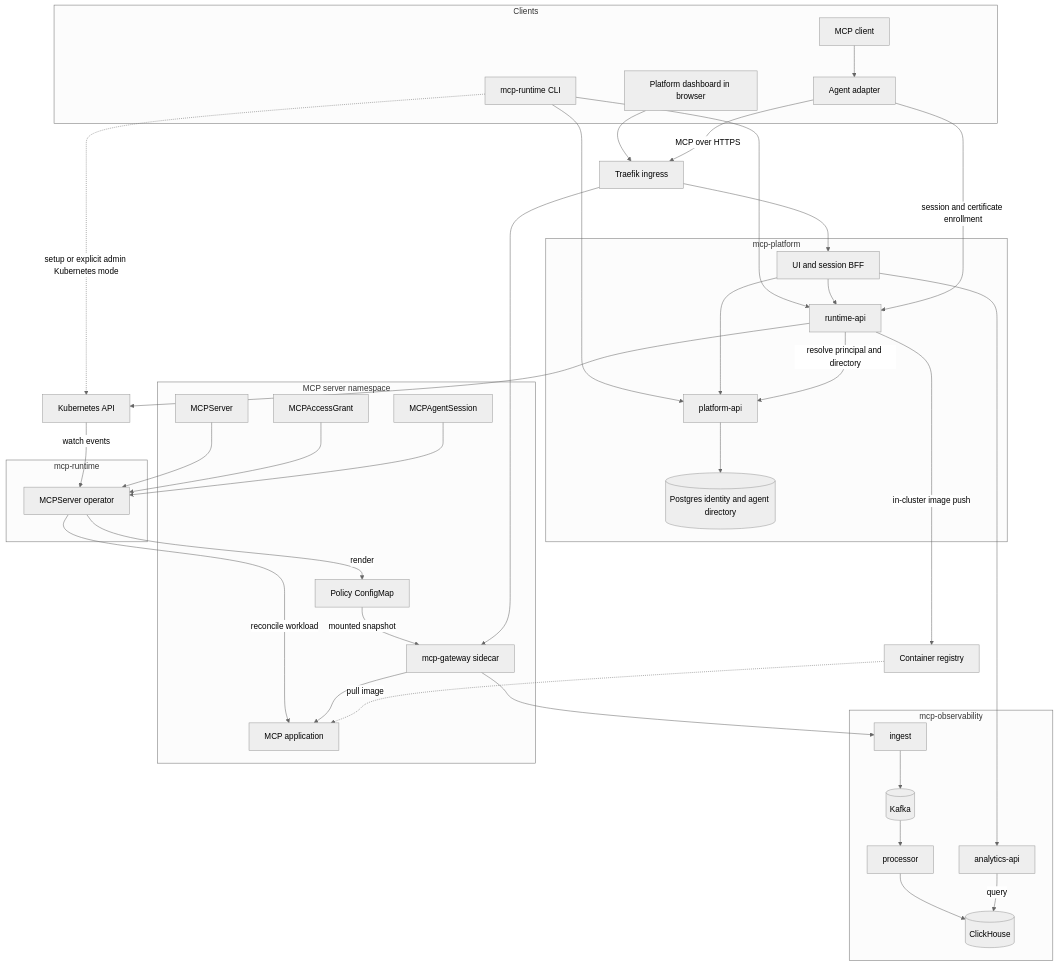
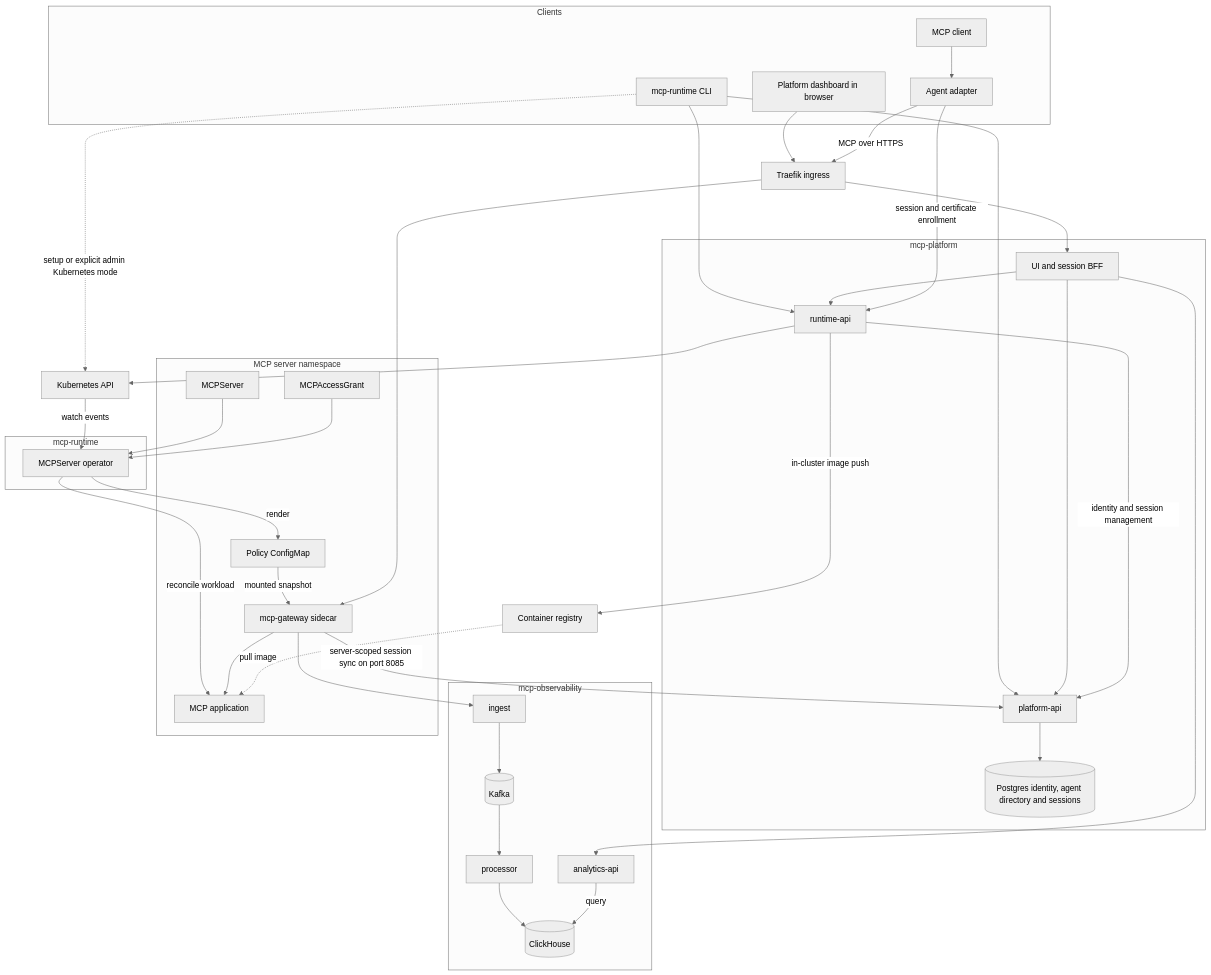
One commit to mcp-runtime/mcp-runtime changed the diagram in docs/architecture.md. Above: the diagram before and after it, drawn with Mermaid (neutral theme). The commit also changed other lines of this file and 35 other files, not shown here.

Commit message:
fix(access): fence session identities and validate platform management flows

````diff
--- a/docs/architecture.md
+++ b/docs/architecture.md
@@ -8,62 +8,61 @@
 ```mermaid
 flowchart TB
     subgraph clients [Clients]
         CLI[mcp-runtime CLI]
         Browser[Platform dashboard in browser]
         Adapter[Agent adapter]
         MCP[MCP client]
     end
     subgraph platform [mcp-platform]
         UI[UI and session BFF]
         PlatAPI[platform-api]
         RunAPI[runtime-api]
-        DB[(Postgres identity and agent directory)]
+        DB[(Postgres identity, agent directory and sessions)]
     end
     subgraph operatorns [mcp-runtime]
         Op[MCPServer operator]
     end
     subgraph observability [mcp-observability]
         AnaAPI[analytics-api]
         Ingest[ingest]
         Kafka[(Kafka)]
         Processor[processor]
         CH[(ClickHouse)]
     end
     subgraph servers [MCP server namespace]
         Grant[MCPAccessGrant]
-        Session[MCPAgentSession]
         Server[MCPServer]
         Policy[Policy ConfigMap]
         GW[mcp-gateway sidecar]
         Srv[MCP application]
     end
     Ing[Traefik ingress]
     K8s[Kubernetes API]
     Reg[Container registry]
     CLI --> PlatAPI
     CLI --> RunAPI
     CLI -. setup or explicit admin Kubernetes mode .-> K8s
     Browser --> Ing
     Ing --> UI
     UI --> PlatAPI
     UI --> RunAPI
     UI --> AnaAPI
     PlatAPI --> DB
-    RunAPI -->|resolve principal and directory| PlatAPI
+    RunAPI -->|identity and session management| PlatAPI
     RunAPI --> K8s
     K8s -->|watch events| Op
     Server --> Op
     Grant --> Op
-    Session --> Op
     Op -->|render| Policy
     Op -->|reconcile workload| Srv
     Policy -->|mounted snapshot| GW
+    GW -->|server-scoped session sync on port 8085| PlatAPI
     MCP --> Adapter
     Adapter -->|session and certificate enrollment| RunAPI
     Adapter -->|MCP over HTTPS| Ing
     Ing --> GW --> Srv
     RunAPI -->|in-cluster image push| Reg
     Reg -. pull image .-> Srv
     GW --> Ingest --> Kafka --> Processor --> CH
     AnaAPI -->|query| CH
 ```
````
